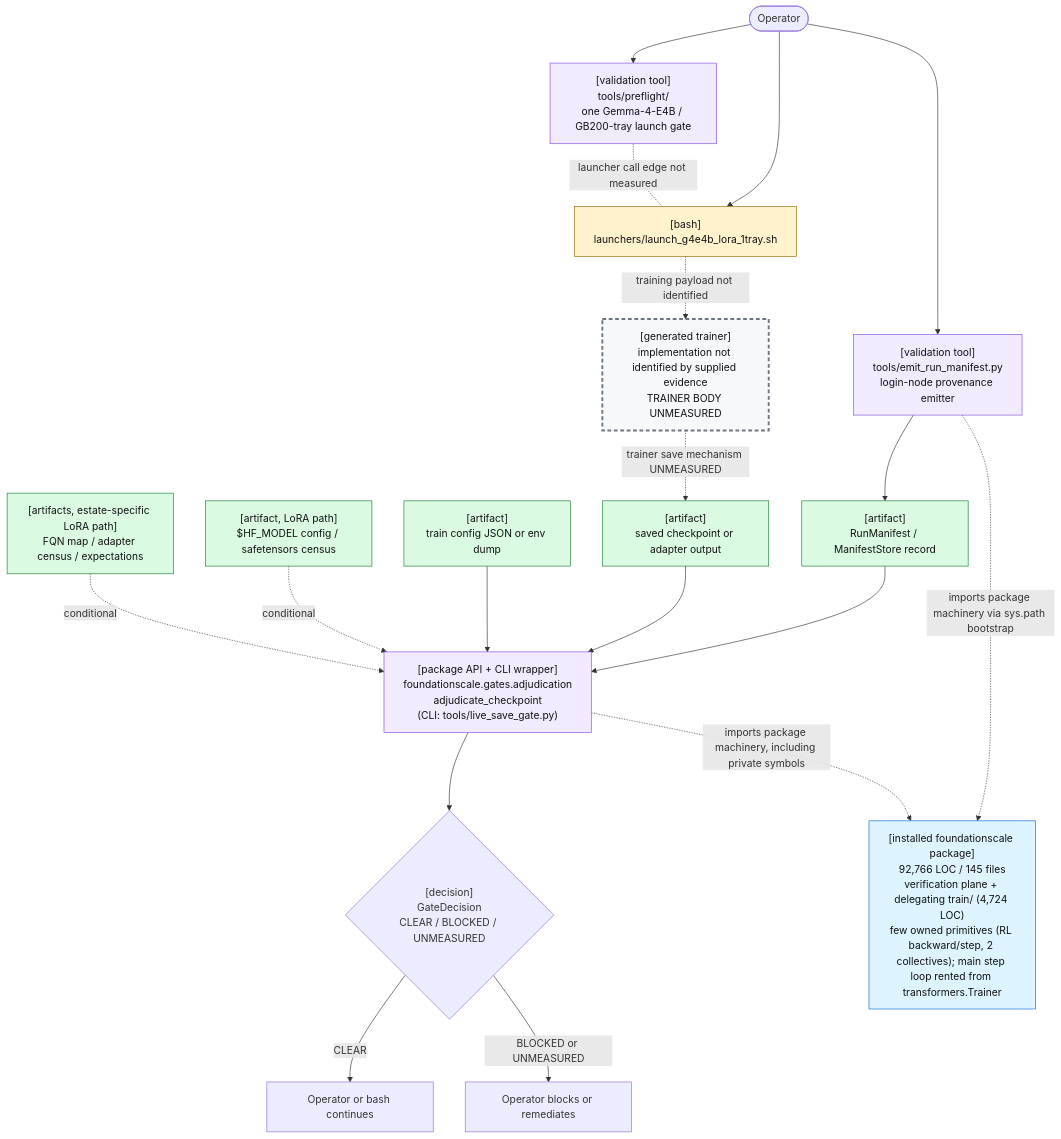
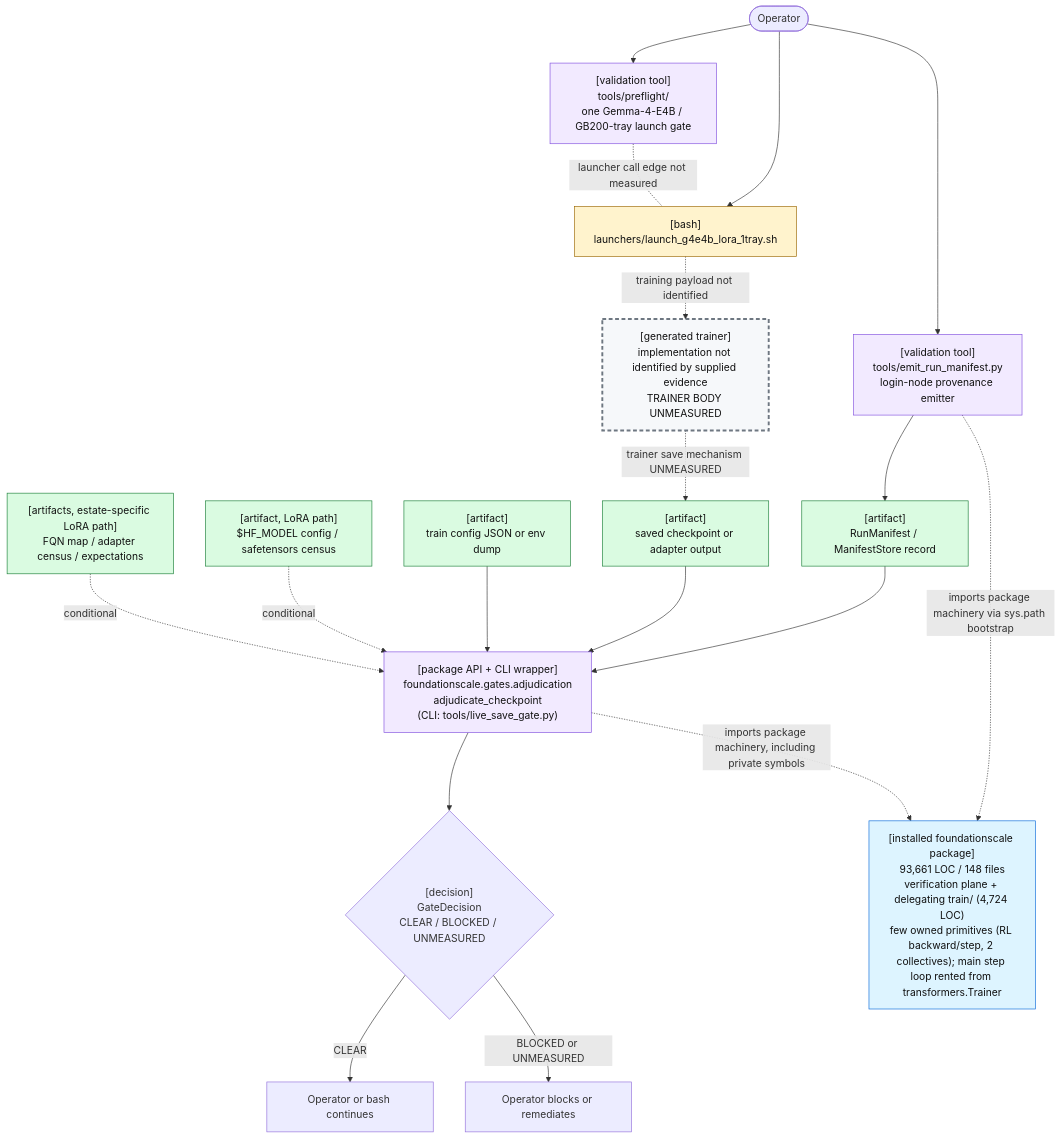
Before and after one commit to TranNhiem/FoundationScale: the first of 2 diagrams in docs/review/D2_current_architecture.md, drawn with Mermaid. The commit also changed other lines of this file and 21 other files, not shown here.

````diff
--- a/docs/review/D2_current_architecture.md
+++ b/docs/review/D2_current_architecture.md
@@ -25,59 +25,59 @@
 ```mermaid
 flowchart TB
   O(["Operator"])
 
   PF["[validation tool]<br/>tools/preflight/<br/>one Gemma-4-E4B / GB200-tray launch gate"]
   L["[bash]<br/>launchers/launch_g4e4b_lora_1tray.sh"]
 
   E["[validation tool]<br/>tools/emit_run_manifest.py<br/>login-node provenance emitter"]
   M["[artifact]<br/>RunManifest / ManifestStore record"]
 
   T["[generated trainer]<br/>implementation not identified by supplied evidence<br/>TRAINER BODY UNMEASURED"]
   C["[artifact]<br/>saved checkpoint or adapter output"]
 
   G["[package API + CLI wrapper]<br/>foundationscale.gates.adjudication<br/>adjudicate_checkpoint<br/>(CLI: tools/live_save_gate.py)"]
   CFG["[artifact]<br/>train config JSON or env dump"]
   BASE["[artifact, LoRA path]<br/>$HF_MODEL config / safetensors census"]
   CEN["[artifacts, estate-specific LoRA path]<br/>FQN map / adapter census / expectations"]
 
   D{"[decision]<br/>GateDecision<br/>CLEAR / BLOCKED / UNMEASURED"}
   OK["Operator or bash continues"]
   NO["Operator blocks or remediates"]
 
-  PKG["[installed foundationscale package]<br/>92,766 LOC / 145 files<br/>verification plane + delegating train/ (4,724 LOC)<br/>few owned primitives (RL backward/step, 2 collectives); main step loop rented from transformers.Trainer"]
+  PKG["[installed foundationscale package]<br/>93,661 LOC / 148 files<br/>verification plane + delegating train/ (4,724 LOC)<br/>few owned primitives (RL backward/step, 2 collectives); main step loop rented from transformers.Trainer"]
 
   O --> PF
   O --> L
   PF -. "launcher call edge not measured" .- L
 
   O --> E
   E --> M
 
   L -. "training payload not identified" .-> T
   T -. "trainer save mechanism UNMEASURED" .-> C
 
   M --> G
   C --> G
   CFG --> G
   BASE -. "conditional" .-> G
   CEN -. "conditional" .-> G
 
   E -. "imports package machinery via sys.path bootstrap" .-> PKG
   G -. "imports package machinery, including private symbols" .-> PKG
 
   G --> D
   D -->|"CLEAR"| OK
   D -->|"BLOCKED or UNMEASURED"| NO
 
   classDef bash fill:#fff3cd,stroke:#9a6700,color:#111;
   classDef tool fill:#f2eaff,stroke:#8250df,color:#111;
   classDef artifact fill:#dafbe1,stroke:#1a7f37,color:#111;
   classDef gap fill:#f6f8fa,stroke:#6e7781,stroke-width:3px,stroke-dasharray: 6 4,color:#111;
   classDef pkg fill:#ddf4ff,stroke:#0969da,color:#111;
 
   class L bash;
   class PF,E,G tool;
   class M,C,CFG,BASE,CEN artifact;
   class T gap;
   class PKG pkg;
 ```
````
